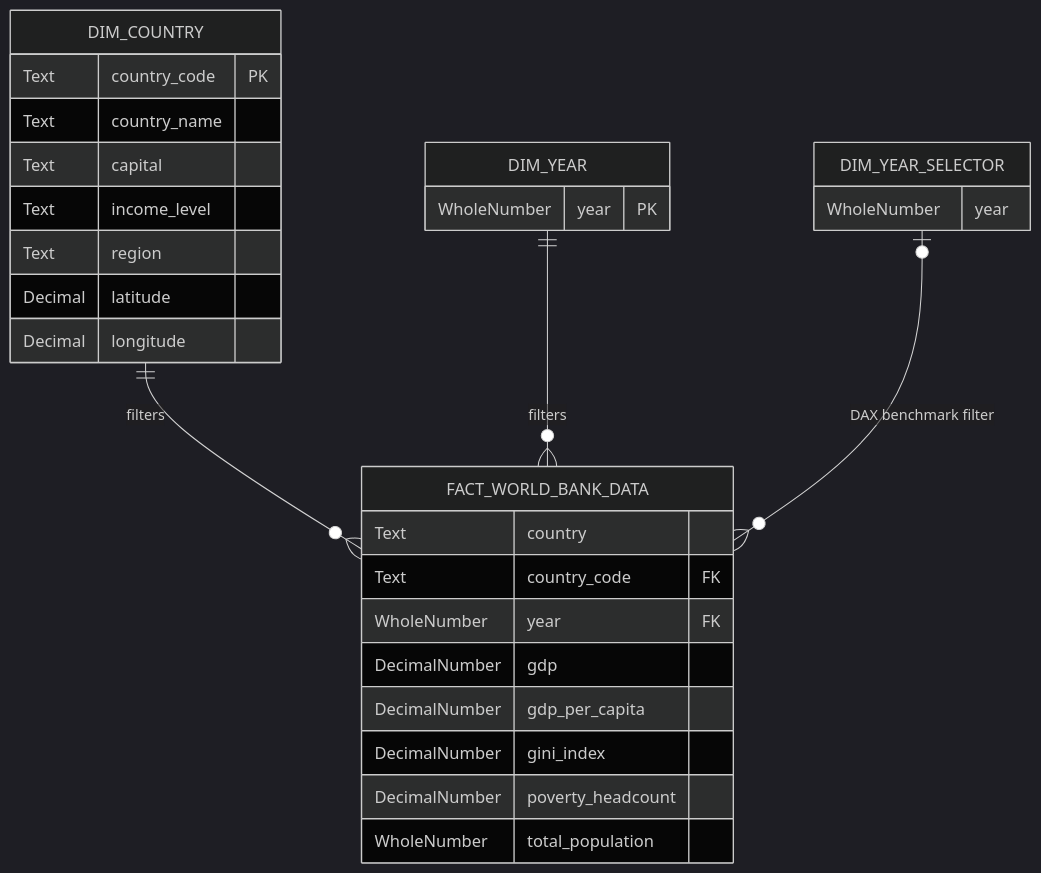
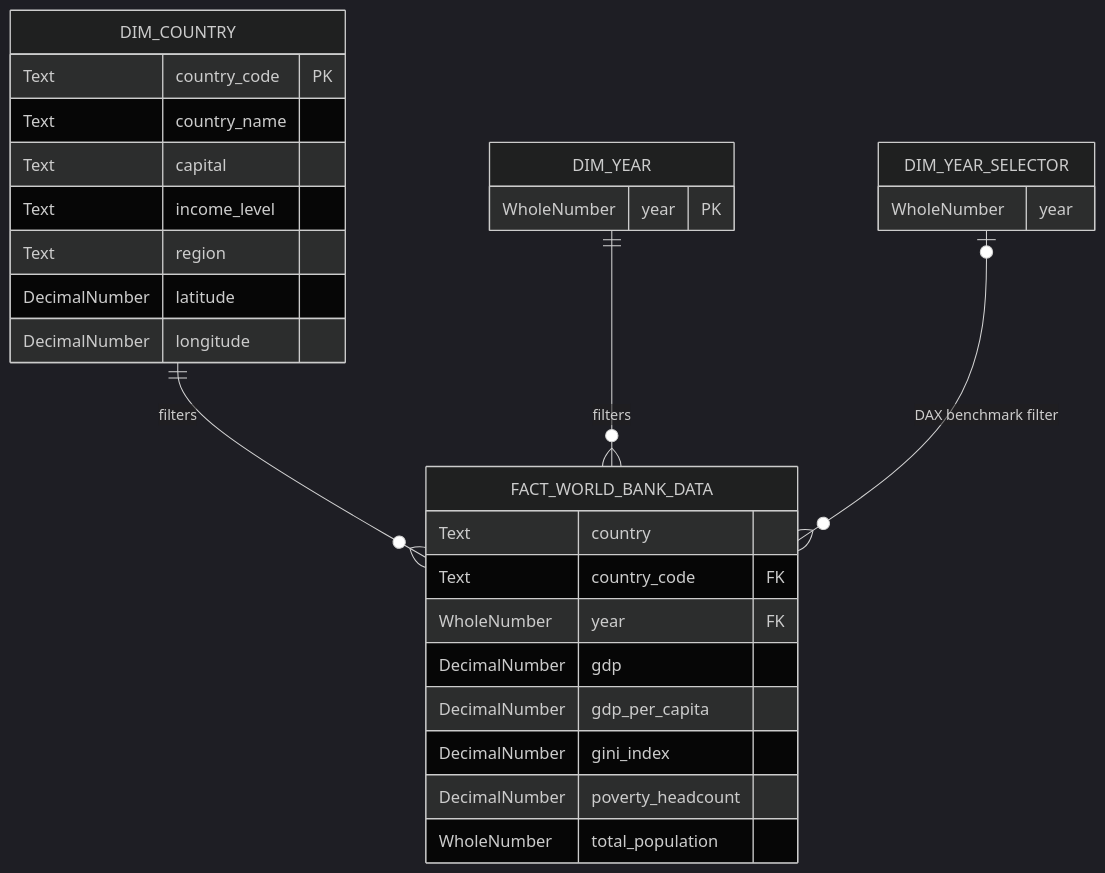
Before and after one commit to Yeisonfhh/worldbank-dashboard-project: the diagram in README.md, drawn with Mermaid (dark theme). The commit also changed other lines of this file, not shown here.

Commit message:
Fix: Corrected Mermaid diagram syntax and formatting

````diff
--- a/README.md
+++ b/README.md
@@ -56,35 +63,35 @@
 ```mermaid
 erDiagram
     DIM_COUNTRY       ||--o{ FACT_WORLD_BANK_DATA : "filters"
     DIM_YEAR          ||--o{ FACT_WORLD_BANK_DATA : "filters"
     DIM_YEAR_SELECTOR  |o--o{ FACT_WORLD_BANK_DATA : "DAX benchmark filter"
- 
+
     DIM_COUNTRY {
-        Text    country_code   PK
-        Text    country_name
-        Text    capital
-        Text    income_level
-        Text    region
-        Decimal latitude
-        Decimal longitude
+        Text          country_code   PK
+        Text          country_name
+        Text          capital
+        Text          income_level
+        Text          region
+        DecimalNumber latitude
+        DecimalNumber longitude
     }
- 
+
     DIM_YEAR {
         WholeNumber year PK
     }
- 
+
     FACT_WORLD_BANK_DATA {
         Text          country
         Text          country_code      FK
         WholeNumber   year              FK
         DecimalNumber gdp
         DecimalNumber gdp_per_capita
         DecimalNumber gini_index
         DecimalNumber poverty_headcount
         WholeNumber   total_population
     }
- 
+
     DIM_YEAR_SELECTOR {
         WholeNumber year
     }
 ```
````
